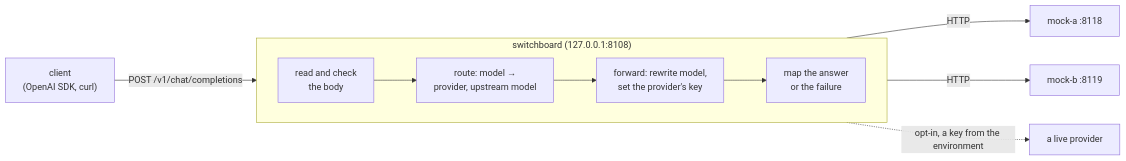
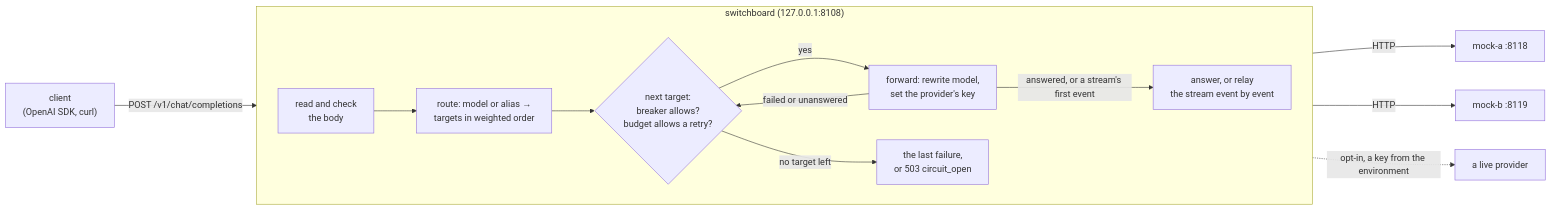
One commit to vivekdavara/switchboard changed the diagram in DESIGN.md. Above: the diagram before and after it, drawn with Mermaid. The commit also changed other lines of this file, not shown here.

First line of the commit message:
DESIGN.md: routing, fallback, the retry budget, breakers and streaming

````diff
--- a/DESIGN.md
+++ b/DESIGN.md
@@ -15,13 +16,16 @@
 ```mermaid
 flowchart LR
     C["client<br/>(OpenAI SDK, curl)"] -->|"POST /v1/chat/completions"| G
     subgraph G["switchboard (127.0.0.1:8108)"]
         direction LR
-        P["read and check<br/>the body"] --> R["route: model →<br/>provider, upstream model"]
-        R --> F["forward: rewrite model,<br/>set the provider's key"]
-        F --> M["map the answer<br/>or the failure"]
+        P["read and check<br/>the body"] --> R["route: model or alias →<br/>targets in weighted order"]
+        R --> T{"next target:<br/>breaker allows?<br/>budget allows a retry?"}
+        T -->|yes| F["forward: rewrite model,<br/>set the provider's key"]
+        F -->|"failed or unanswered"| T
+        F -->|"answered, or a stream's first event"| M["answer, or relay<br/>the stream event by event"]
+        T -->|"no target left"| E["the last failure,<br/>or 503 circuit_open"]
     end
     F -->|HTTP| A["mock-a :8118"]
     F -->|HTTP| B["mock-b :8119"]
     F -.->|"opt-in, a key from the environment"| L["a live provider"]
 ```
````
